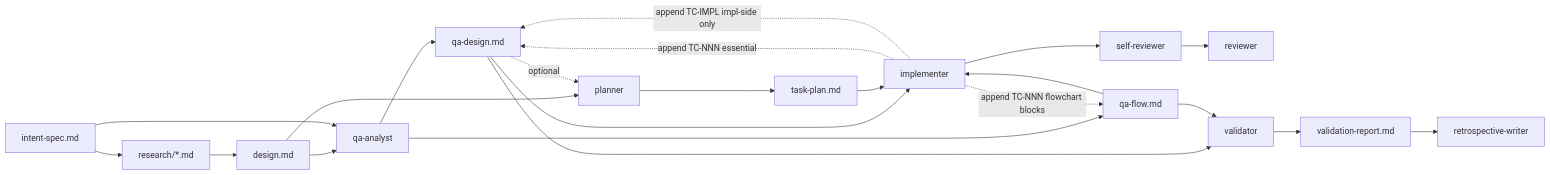
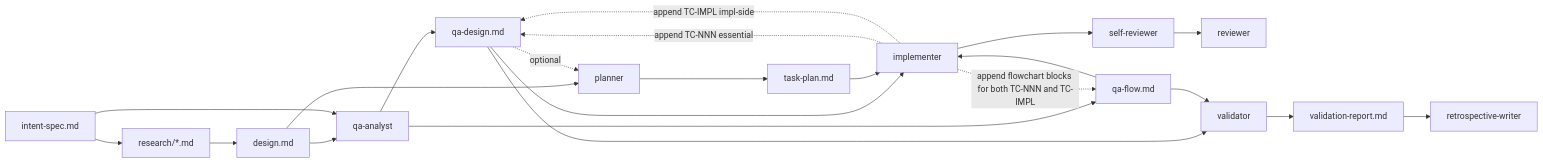
One commit to totto2727-org/monorepo changed the first of 2 diagrams in docs/dev-workflow/2026-04-26-add-qa-design-step/design.md. Above: the diagram before and after it, drawn with Mermaid. The commit also changed other lines of this file, not shown here.

First line of the commit message:
docs(dev-workflow/2026-04-26-add-qa-design-step): require all TC types (incl. TC-IMPL) in qa-flow.md

````diff
--- a/docs/dev-workflow/2026-04-26-add-qa-design-step/design.md
+++ b/docs/dev-workflow/2026-04-26-add-qa-design-step/design.md
@@ -76,24 +76,24 @@
 ```mermaid
 flowchart LR
   IS[intent-spec.md] --> RES[research/*.md]
   RES --> DSG[design.md]
   DSG --> QAA[qa-analyst]
   IS --> QAA
   QAA --> QAD[qa-design.md]
   QAA --> QAF[qa-flow.md]
   DSG --> PLN[planner]
   QAD -.optional.-> PLN
   PLN --> TP[task-plan.md]
   QAD --> IMPL[implementer]
   QAF --> IMPL
   TP --> IMPL
   IMPL -.append TC-NNN essential.-> QAD
-  IMPL -.append TC-NNN flowchart blocks.-> QAF
-  IMPL -.append TC-IMPL impl-side only.-> QAD
+  IMPL -.append TC-IMPL impl-side.-> QAD
+  IMPL -.append flowchart blocks for both TC-NNN and TC-IMPL.-> QAF
   IMPL --> SR[self-reviewer]
   SR --> RV[reviewer]
   QAD --> VAL[validator]
   QAF --> VAL
   VAL --> VR[validation-report.md]
   VR --> RW[retrospective-writer]
 ```
````
